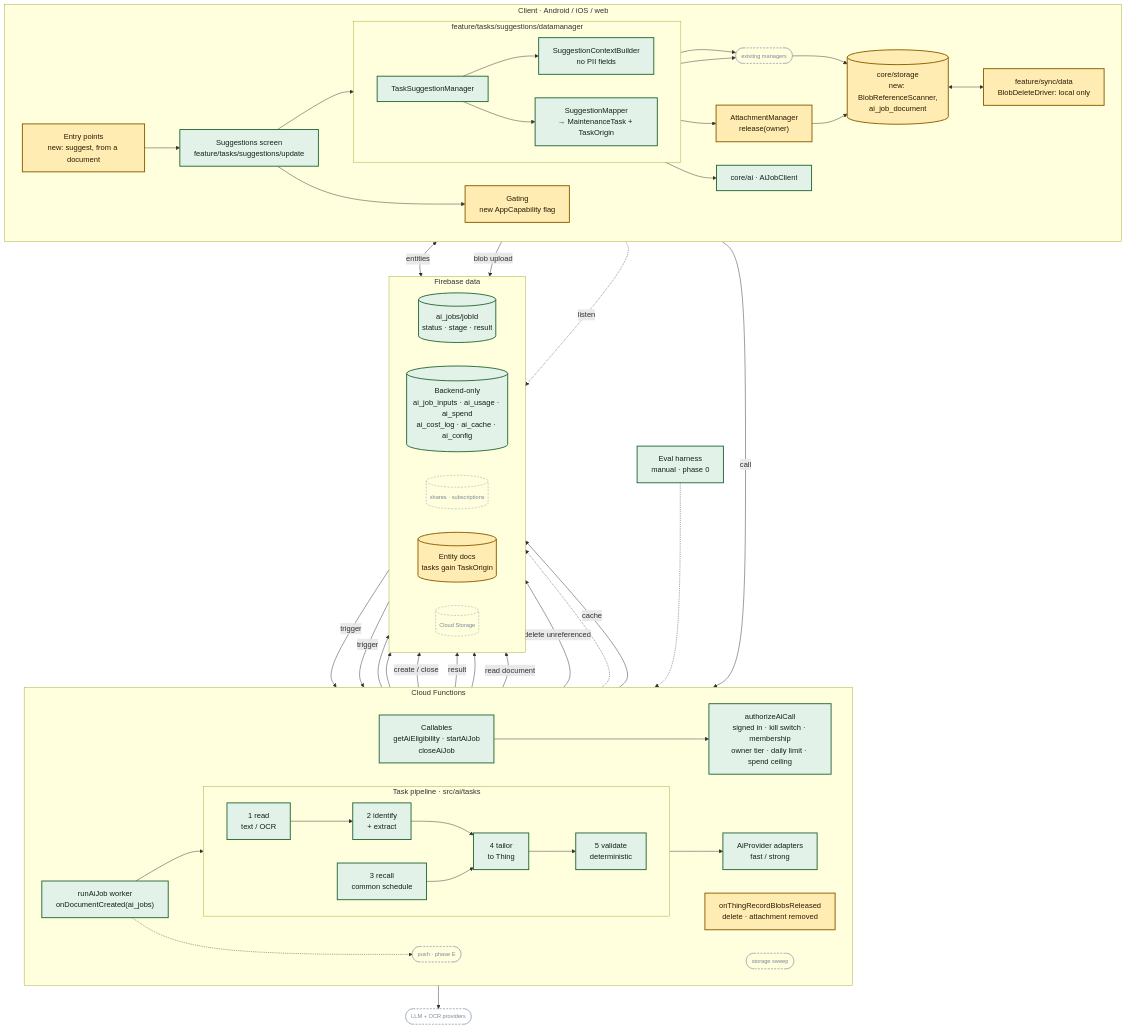
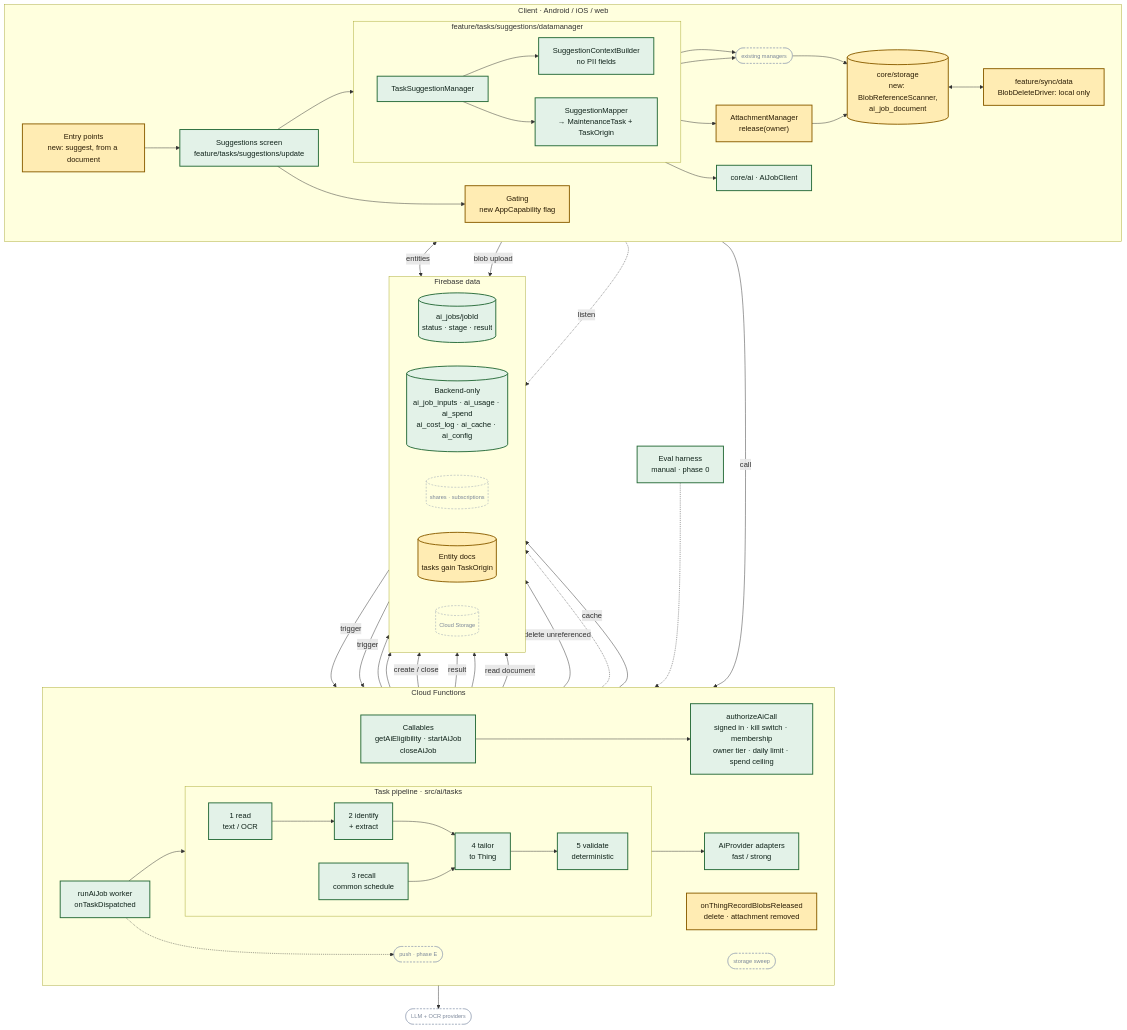
One commit to fz172/squawkit changed the diagram in docs/ai/task_population_design.md. Above: the diagram before and after it, drawn with Mermaid. The commit also changed other lines of this file and 10 other files, not shown here.

```diff
--- a/docs/ai/task_population_design.md
+++ b/docs/ai/task_population_design.md
@@ -63,7 +63,7 @@
     direction LR
     Callables["Callables<br/>getAiEligibility · startAiJob<br/>closeAiJob"]
     Auth["authorizeAiCall<br/>signed in · kill switch · membership<br/>owner tier · daily limit · spend ceiling"]
-    Worker["runAiJob worker<br/>onDocumentCreated(ai_jobs)"]
+    Worker["runAiJob worker<br/>onTaskDispatched"]
     subgraph Pipeline["Task pipeline · src/ai/tasks"]
       direction LR
       S1["1 read<br/>text / OCR"] --> S2["2 identify<br/>+ extract"]
```
